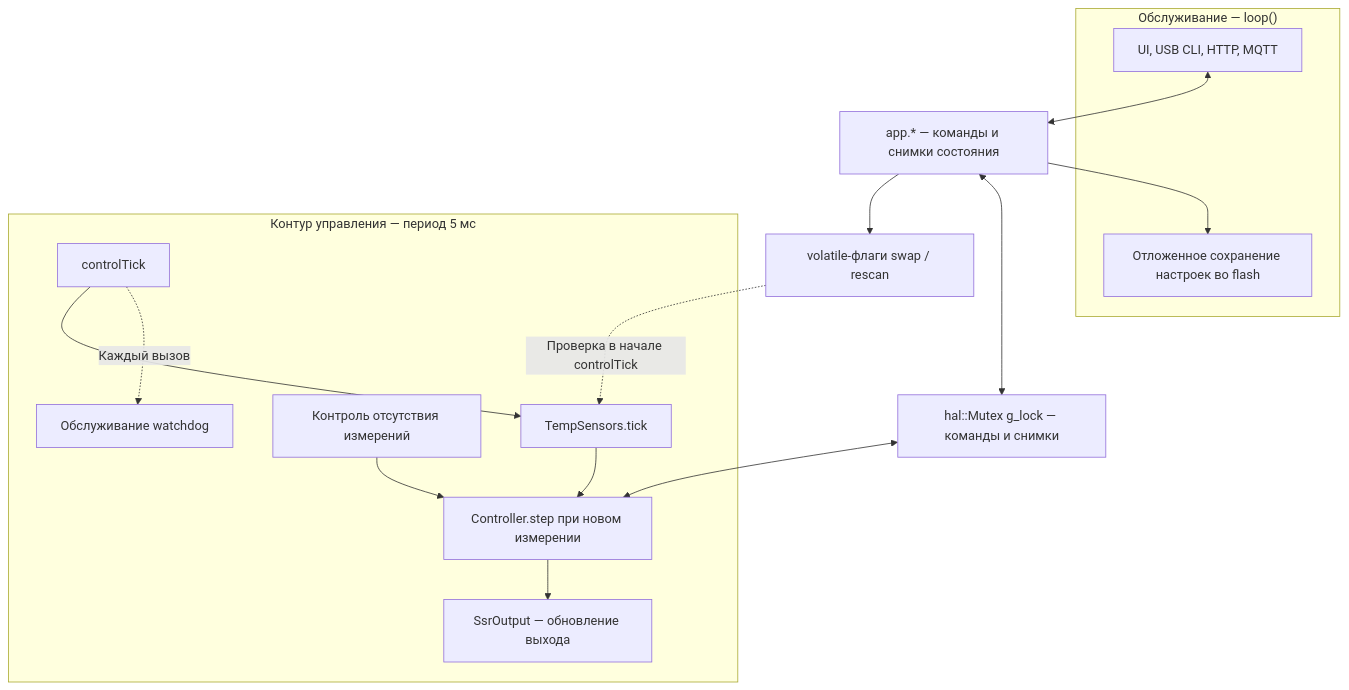
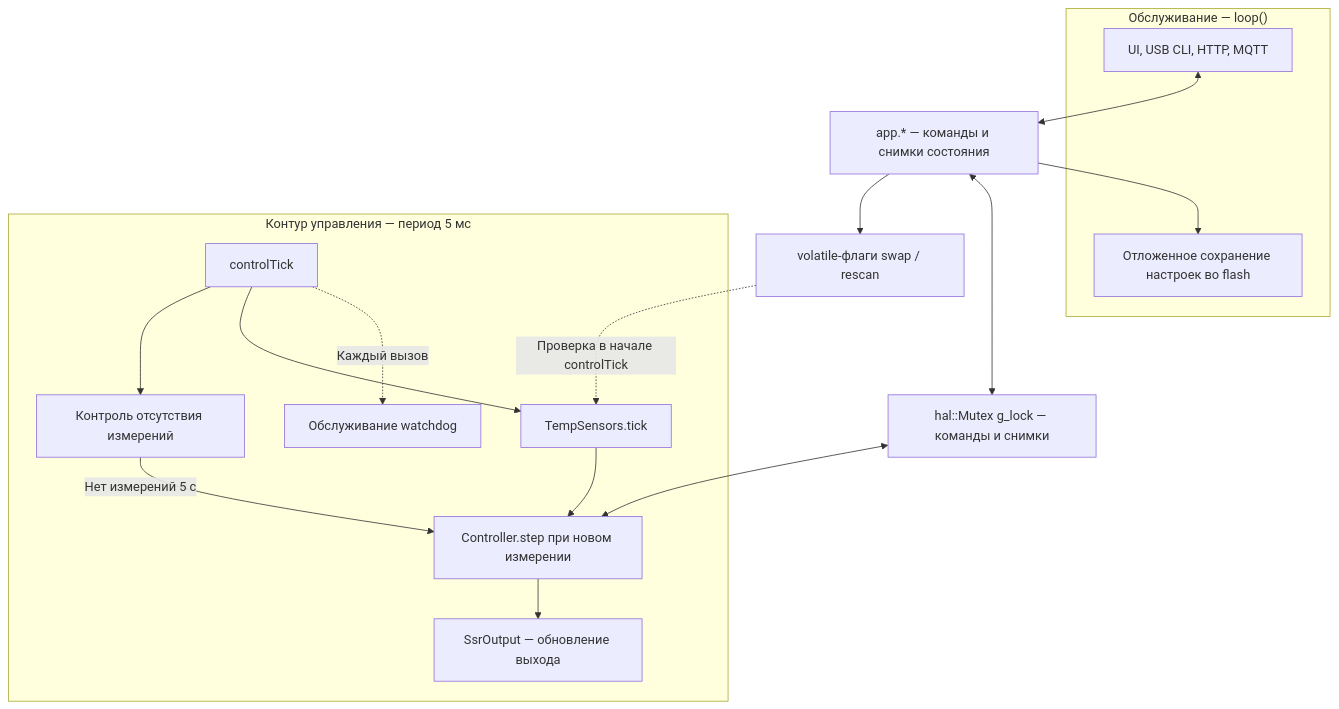
The first of 2 diagrams in docs/architecture.md (vicgor/paraffin-pid), drawn with Mermaid before and after one commit. The commit also changed other lines of this file, not shown here.

Commit message:
docs: fix architecture diagram layout and sensor placement

````diff
--- a/docs/architecture.md
+++ b/docs/architecture.md
@@ -9,34 +9,35 @@
 ```mermaid
 flowchart TB
     subgraph Service["Обслуживание — loop()"]
         Clients["UI, USB CLI, HTTP, MQTT"]
         Store["Отложенное сохранение настроек во flash"]
     end
 
     API["app.* — команды и снимки состояния"]
     Sync["hal::Mutex g_lock — команды и снимки"]
     Flags["volatile-флаги swap / rescan"]
 
     Clients <--> API
     API <--> Sync
     API --> Flags
     API --> Store
 
     subgraph Control["Контур управления — период 5 мс"]
         Tick["controlTick"]
         Sensors["TempSensors.tick"]
         Controller["Controller.step при новом измерении"]
         Timeout["Контроль отсутствия измерений"]
         SSR["SsrOutput — обновление выхода"]
         WDT["Обслуживание watchdog"]
 
         Tick -. "Каждый вызов" .-> WDT
         Tick --> Sensors
+        Tick --> Timeout
         Sensors --> Controller
-        Timeout --> Controller
+        Timeout -->|"Нет измерений 5 с"| Controller
         Controller --> SSR
     end
 
     Sync <--> Controller
     Flags -. "Проверка в начале controlTick" .-> Sensors
 ```
````
